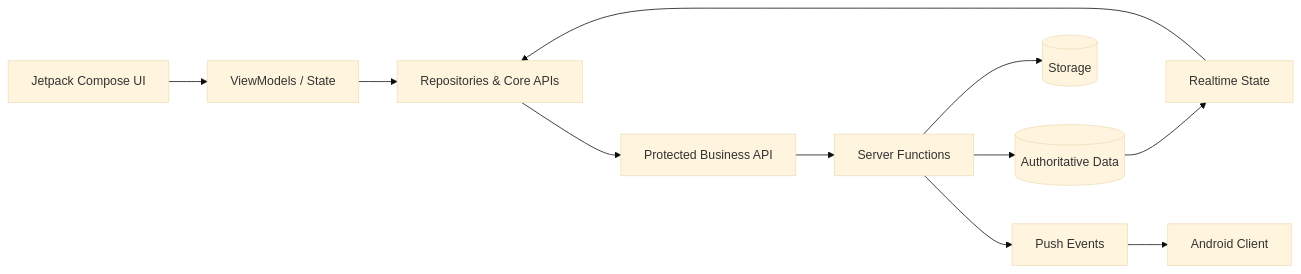
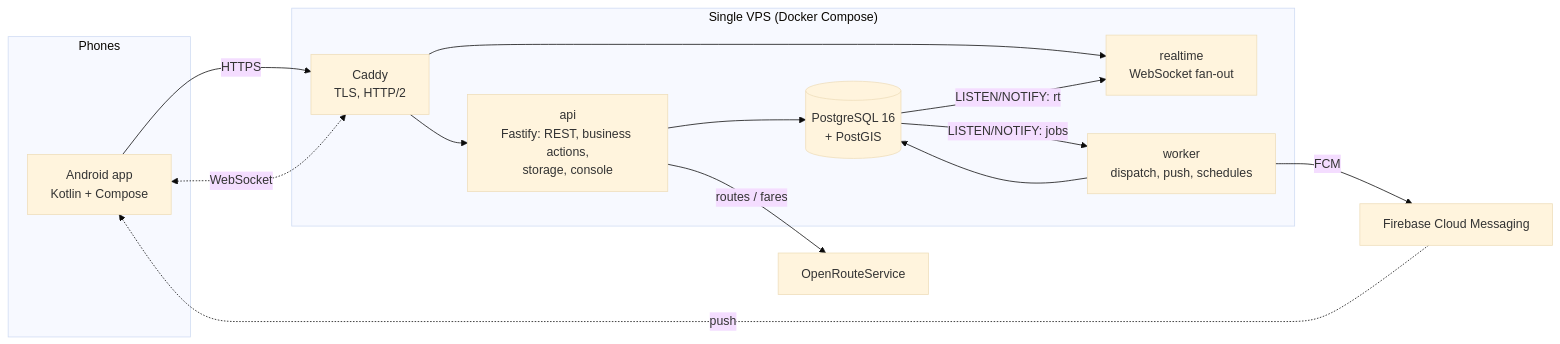
One commit to ywtzcloud/callme-taxi-showcase changed the diagram in README.md. Above: the diagram before and after it, drawn with Mermaid (base theme). The commit also changed other lines of this file and 7 other files, not shown here.

````diff
--- a/README.md
+++ b/README.md
@@ -36,13 +40,18 @@
 ```mermaid
 flowchart LR
-    UI[Jetpack Compose UI] --> VM[ViewModels / State]
-    VM --> R[Repositories & Core APIs]
-    R --> API[Protected Business API]
-    API --> FN[Server Functions]
-    FN --> DB[(Authoritative Data)]
-    FN --> ST[(Storage)]
-    DB --> RT[Realtime State]
-    RT --> R
-    FN --> FCM[Push Events]
-    FCM --> APP[Android Client]
+  subgraph Phones
+    A[Android app<br/>Kotlin + Compose]
+  end
+  subgraph VPS["Single VPS (Docker Compose)"]
+    C[Caddy<br/>TLS, HTTP/2] --> API[api<br/>Fastify: REST, business actions,<br/>storage, console]
+    C --> RT[realtime<br/>WebSocket fan-out]
+    API --> PG[(PostgreSQL 16<br/>+ PostGIS)]
+    W[worker<br/>dispatch, push, schedules] --> PG
+    PG -- "LISTEN/NOTIFY: rt" --> RT
+    PG -- "LISTEN/NOTIFY: jobs" --> W
+  end
+  A -- HTTPS --> C
+  A <-. WebSocket .-> C
+  W -- FCM --> F[Firebase Cloud Messaging] -. push .-> A
+  API -- routes / fares --> O[OpenRouteService]
 ```
````
